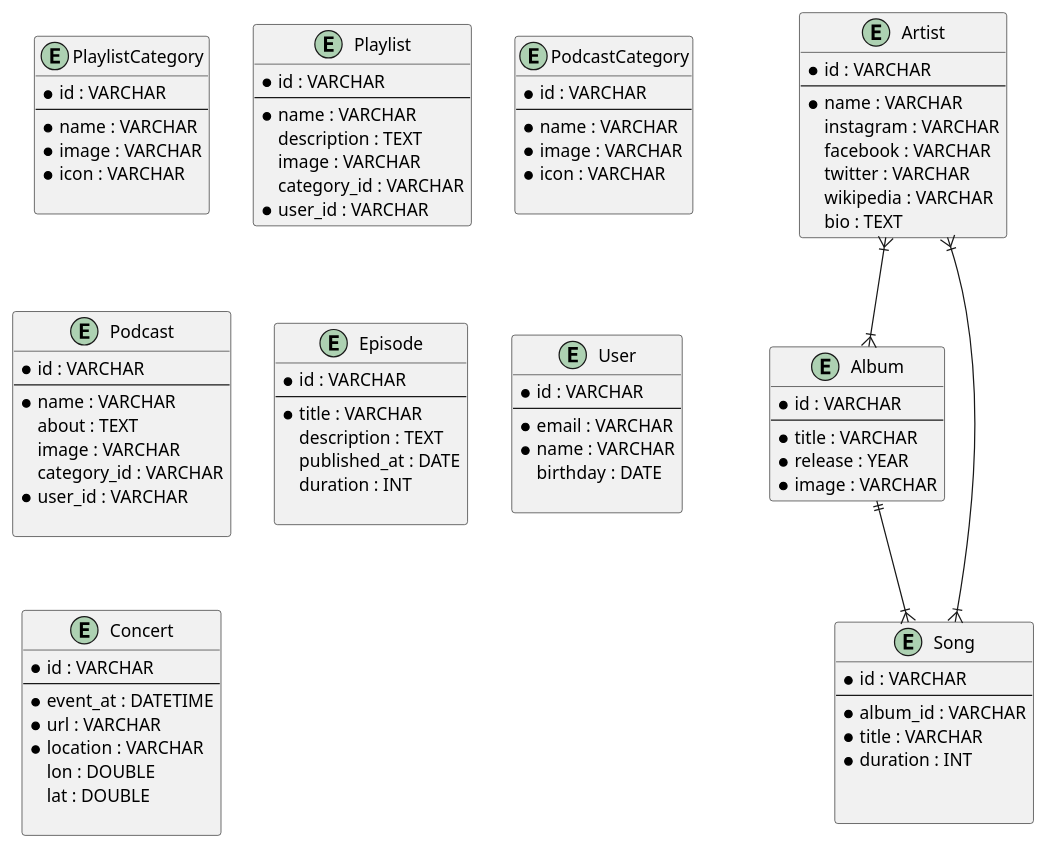
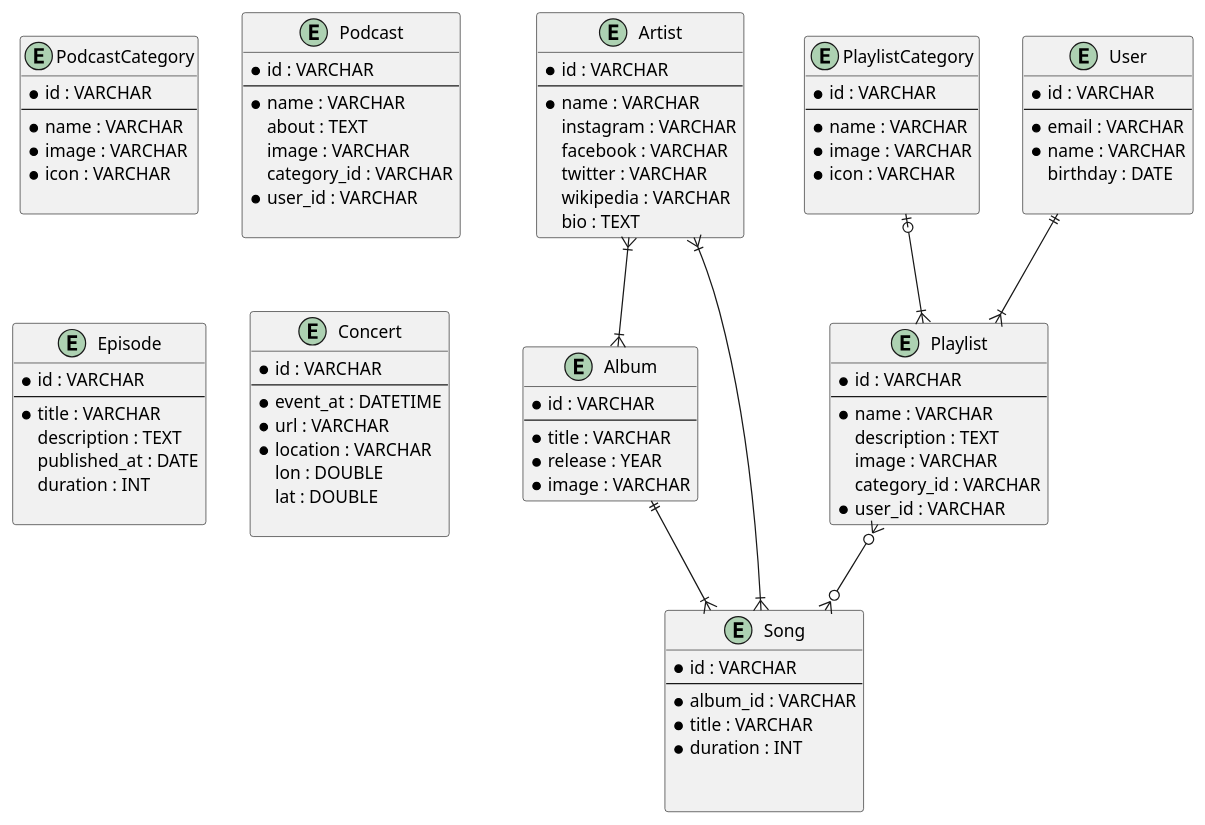
Before and after one commit to hanifiamdev/plantUML: the diagram in spotify.puml, drawn with PlantUML.

Commit message:
Menentukan Relasi Entity Playlist

```diff
--- a/spotify.puml
+++ b/spotify.puml
@@ -1,103 +1,106 @@
 @startuml
 entity Artist {
     * id : VARCHAR
     --
     * name : VARCHAR
     instagram : VARCHAR
     facebook : VARCHAR
     twitter : VARCHAR
     wikipedia : VARCHAR
     bio : TEXT
 }
 
 entity Album {
     * id : VARCHAR
     --
     * title : VARCHAR
     * release : YEAR
     * image : VARCHAR
 }
 
 entity Song {
     * id : VARCHAR
     --
     * album_id : VARCHAR
     * title : VARCHAR
     * duration : INT
 
 
 }
 
 entity PlaylistCategory {
     * id : VARCHAR
     --
     * name : VARCHAR
     * image : VARCHAR
     * icon : VARCHAR
 
 }
 
 
 entity Playlist {
     * id : VARCHAR
     --
     * name : VARCHAR
     description : TEXT
     image : VARCHAR
     category_id : VARCHAR
     * user_id : VARCHAR
 }
 
 entity PodcastCategory {
     * id : VARCHAR
     --
     * name : VARCHAR
     * image : VARCHAR
     * icon : VARCHAR
 
 }
 
 entity Podcast {
     * id : VARCHAR
     --
     * name : VARCHAR
     about : TEXT
     image : VARCHAR
     category_id : VARCHAR
     * user_id : VARCHAR
 
 }
 
 entity Episode {
     * id : VARCHAR
     --
     * title : VARCHAR
     description : TEXT
     published_at : DATE
     duration : INT
 
 }
 
 entity User {
     * id : VARCHAR
     --
     * email : VARCHAR
     * name : VARCHAR
     birthday : DATE
 
 }
 
 entity Concert {
    * id : VARCHAR
    --
    * event_at : DATETIME
    * url : VARCHAR
    * location : VARCHAR
    lon : DOUBLE
    lat : DOUBLE
 
 }
 Artist }|--|{ Album
 Album ||--|{ Song
 Artist }|--|{ Song
+PlaylistCategory |o--|{ Playlist
+User ||--|{ Playlist
+Playlist }o--o{ Song
 @enduml
```
